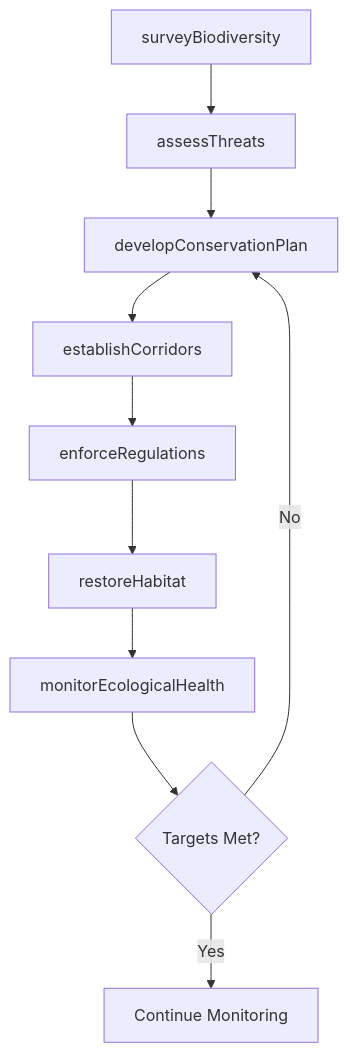
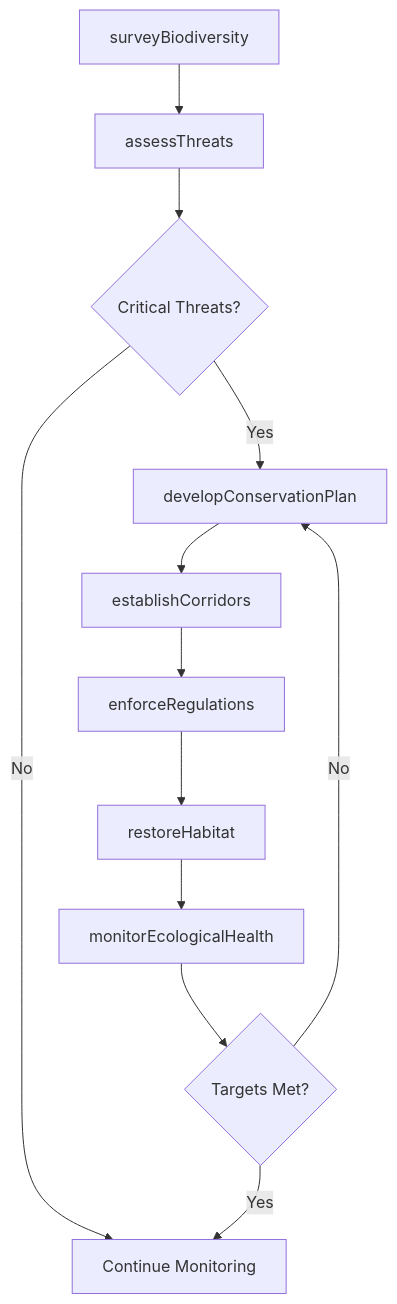
One commit to dot-org-ai/tasks.org.ai changed the third of 4 diagrams in ThinkingCreatively/DevelopSystemsOrPracticesToMitigateOrResolveEnvironmentalProblems/ProtectWildlifeNaturalAreas.mdx. Above: the diagram before and after it, drawn with Mermaid. The commit also changed other lines of this file and 266 other files, not shown here.

First line of the commit message:
feat: Add ER diagrams, state diagrams to wave 2 batch (251 DWA files)

````diff
--- a/ThinkingCreatively/DevelopSystemsOrPracticesToMitigateOrResolveEnvironmentalProblems/ProtectWildlifeNaturalAreas.mdx
+++ b/ThinkingCreatively/DevelopSystemsOrPracticesToMitigateOrResolveEnvironmentalProblems/ProtectWildlifeNaturalAreas.mdx
@@ -87,12 +115,14 @@
 ```mermaid
 graph TD
     A[surveyBiodiversity] --> B[assessThreats]
-    B --> C[developConservationPlan]
-    C --> D[establishCorridors]
-    D --> E[enforceRegulations]
-    E --> F[restoreHabitat]
-    F --> G[monitorEcologicalHealth]
-    G --> H{Targets Met?}
-    H -->|No| C
-    H -->|Yes| I[Continue Monitoring]
+    B --> C{Critical Threats?}
+    C -->|Yes| D[developConservationPlan]
+    C -->|No| E[Continue Monitoring]
+    D --> F[establishCorridors]
+    F --> G[enforceRegulations]
+    G --> H[restoreHabitat]
+    H --> I[monitorEcologicalHealth]
+    I --> J{Targets Met?}
+    J -->|No| D
+    J -->|Yes| E
 ```
````
